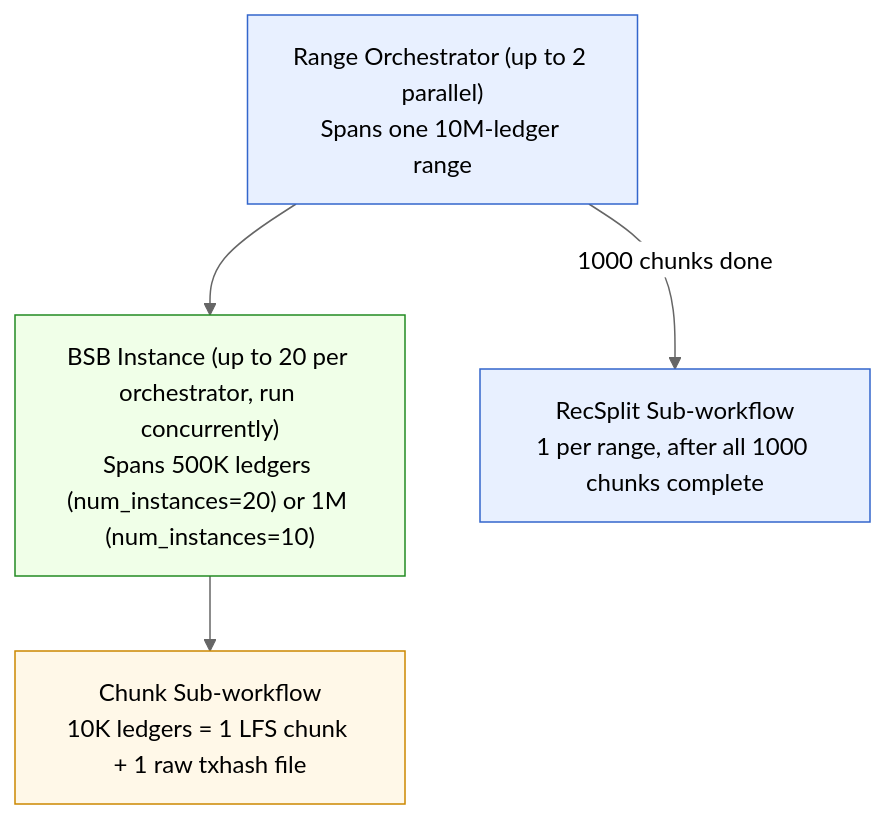
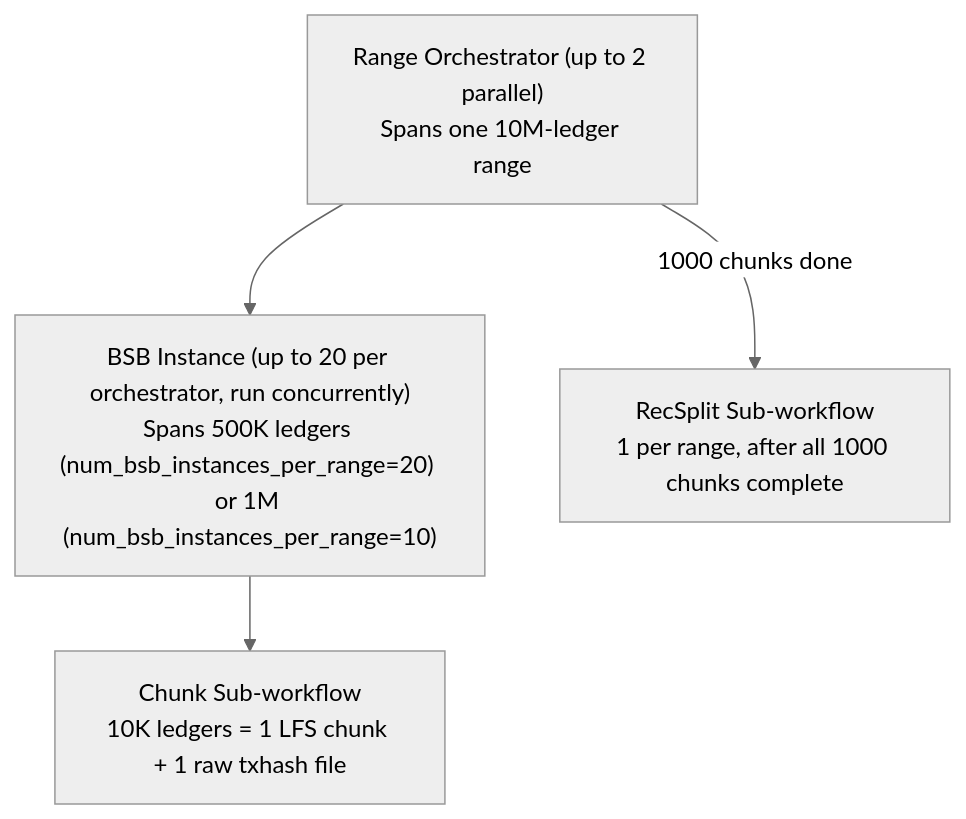
The second of 8 diagrams in design-docs-v2/01-architecture-overview.md (karthikiyer56/stellar-full-history-ingestion), drawn with Mermaid (neutral theme) before and after one commit. The commit also changed other lines of this file and 17 other files, not shown here.

````diff
--- a/design-docs-v2/01-architecture-overview.md
+++ b/design-docs-v2/01-architecture-overview.md
@@ -119,15 +115,11 @@
 ```mermaid
 flowchart TD
-    classDef level0 fill:#e8f0ff,stroke:#3366cc
-    classDef level1 fill:#f0ffe8,stroke:#228b22
-    classDef level2 fill:#fff8e8,stroke:#cc8800
-
-    ORCH["Range Orchestrator (up to 2 parallel)<br/>Spans one 10M-ledger range"]:::level0
-    BSB["BSB Instance (up to 20 per orchestrator, run concurrently)<br/>Spans 500K ledgers (num_instances=20) or 1M (num_instances=10)"]:::level1
-    CHUNK["Chunk Sub-workflow<br/>10K ledgers = 1 LFS chunk + 1 raw txhash file"]:::level2
-    RECSPLIT2["RecSplit Sub-workflow<br/>1 per range, after all 1000 chunks complete"]:::level0
+    ORCH["Range Orchestrator (up to 2 parallel)<br/>Spans one 10M-ledger range"]
+    BSB["BSB Instance (up to 20 per orchestrator, run concurrently)<br/>Spans 500K ledgers (num_bsb_instances_per_range=20) or 1M (num_bsb_instances_per_range=10)"]
+    CHUNK["Chunk Sub-workflow<br/>10K ledgers = 1 LFS chunk + 1 raw txhash file"]
+    RECSPLIT2["RecSplit Sub-workflow<br/>1 per range, after all 1000 chunks complete"]
 
     ORCH --> BSB
     BSB --> CHUNK
     ORCH -->|"1000 chunks done"| RECSPLIT2
 ```
````
